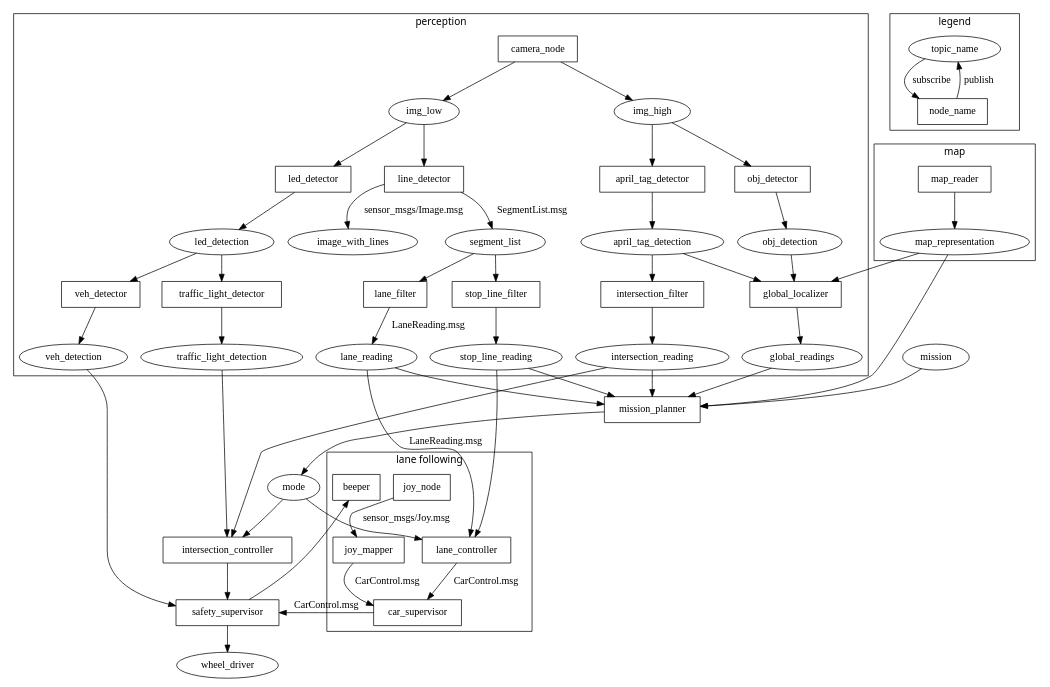
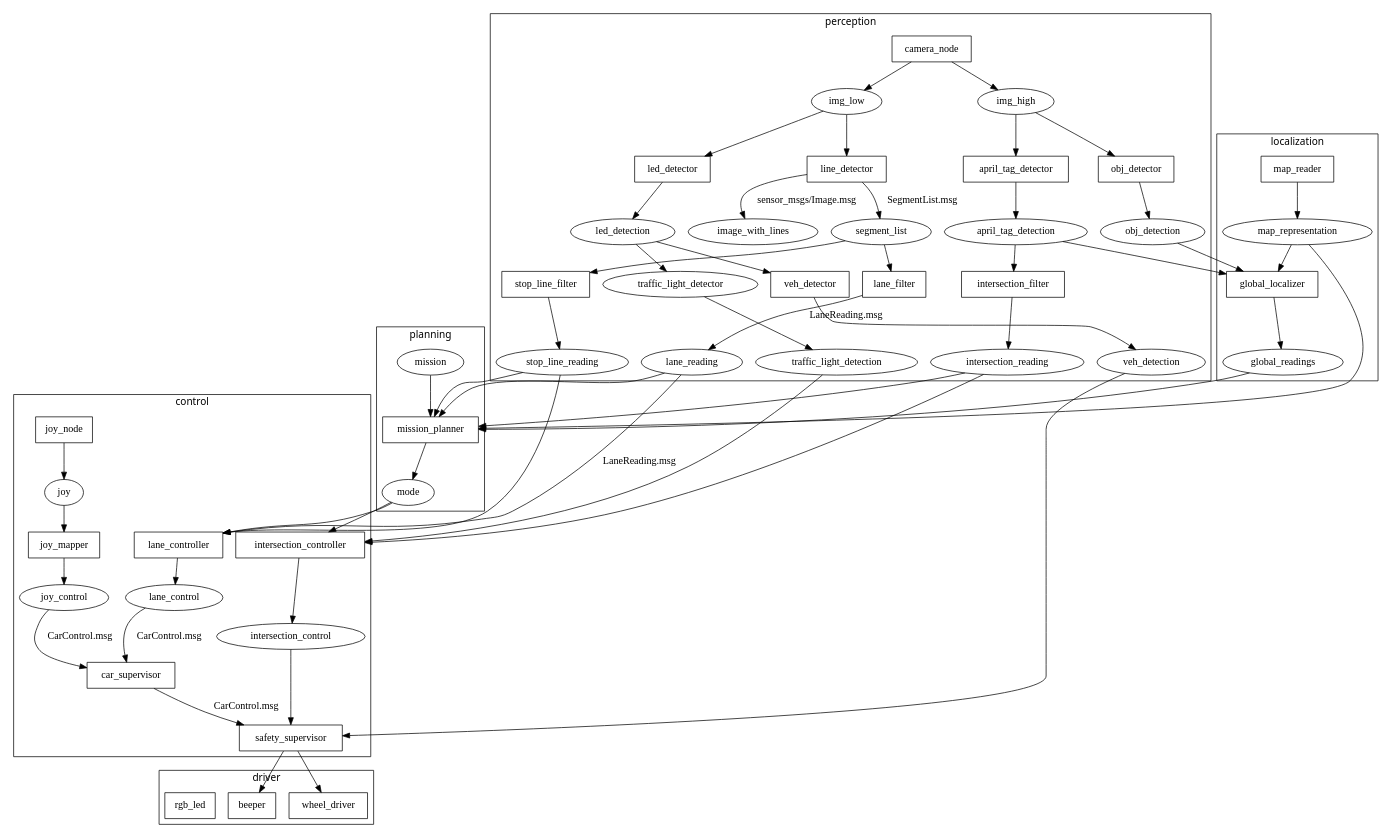
The diagram in ros_diagram/duckietown.dot (kungfrank/Knight_car), drawn with Graphviz before and after one commit.

Commit message:
Refactored duckietown.dot.

```diff
--- a/ros_diagram/duckietown.dot
+++ b/ros_diagram/duckietown.dot
@@ -1,180 +1,206 @@
 digraph D {
 	fontname="sans";
 
-	wheel_driver;
 
-	subgraph cluster_legend{
-		label="legend"
-		// ROS Topics
-		topic_name;
-		// ROS Nodes
-		node [shape=box]
-		node_name;
+	//subgraph cluster_legend{
+	//	label="legend"
+	//	// ROS Topics
+	//	topic_name;
+	//	// ROS Nodes
+	//	node [shape=box]
+	//	node_name;
+	//	// Connection
+	//	node_name -> topic_name [label="publish"];
+	//	topic_name -> node_name [label="subscribe"];
+	//}
 
-		// Connection
-		node_name -> topic_name [label="publish"];
-		topic_name -> node_name [label="subscribe"];
-	}
-
-	subgraph cluster_perception{
-		label="perception"
-		// TOPIC
-		img_low;
-		img_high;
-		segment_list;
-		image_with_lines;
-		lane_reading; //LaneReading: y, phi, sigma_y, sigma_phi, status
-		april_tag_detection;
-		led_detection;
-		veh_detection;
-		traffic_light_detection;
-		intersection_reading;
-		obj_detection;
-		global_readings;
-		stop_line_reading;
-
-		// ROS Nodes
-		node [shape=box];
-		lane_filter; //tells you y and phi
-		line_detector;
-		april_tag_detector;
-		//relative_intersection_localizer;
-		intersection_filter;
-		global_localizer;
-		stop_line_filter;
-		//sign_detector;
-		//traffic_light_detector;
-		//vehicle_detector;
-		//duckie_detector;
-		//relative_intersection_localizer;
-		//global_localizer;
-		//stop_line_detector;
-		camera_node;
-		led_detector;
-		//plate_detector;
-		obj_detector;
-
-		obj_detector->obj_detection;
-
-		// Connections
-		camera_node->img_high;
-		camera_node->img_low;
-		
-		img_low->line_detector;
-		img_high->april_tag_detector;
-		img_low->led_detector;
-		//img->stop_line_detector;
-		//img->relative_intersection_localizer;
-		//img->duckie_detector;
-		//img->vehicle_detector;
-		//img->traffic_light_detector;
-		//img->sign_detector;
-		//img->plate_detector;
-		img_high->obj_detector;
-		led_detector->led_detection;
-		led_detection->veh_detector;
-		veh_detector->veh_detection;
-		led_detection->traffic_light_detector;
-		traffic_light_detector->traffic_light_detection;
-		intersection_filter->intersection_reading;
-		segment_list->stop_line_filter;
-		stop_line_filter->stop_line_reading;
-
-
-		april_tag_detector->april_tag_detection;
-		april_tag_detection->intersection_filter;
-
-		line_detector->segment_list [label="SegmentList.msg"];
-		line_detector->image_with_lines [label="sensor_msgs/Image.msg"]
-		segment_list->lane_filter;
-		lane_filter->lane_reading [label="LaneReading.msg"];
-
-
-		obj_detection->global_localizer;
-		april_tag_detection->global_localizer;
-
-	}
-
-	subgraph cluster_map{
-		label="map";
-		// TOPICS
-		map_representation;
-		// ROS Nodes
-		node [shape=box];
-		//map_visualizer;
-		//map_editor;
-		//localization;
-		//planning;
-		map_reader;
-
-		map_reader -> map_representation;
-		//map_representation -> map_visualizer;
-		//map_editor -> map_representation;
-		//map_representation -> map_editor;
-		//map_representation -> planning;
-		//map_representation -> localization;
-	}
-
-	subgraph cluster_lane_following{
-		label="lane following";
-		// TOPICS
-
-		// ROS Nodes
-		node [shape=box];
-		lane_controller;
-		//car_emulator;
-		car_supervisor;
-		joy_node;
-		joy_mapper;
-		beeper;
-		//safety_supervisor;
-		// CONNECTIONS
-		joy_node->joy_mapper [label="sensor_msgs/Joy.msg"];
-		joy_mapper-> car_supervisor [label="CarControl.msg"];
-		lane_reading->lane_controller [label="LaneReading.msg"];
-		lane_controller-> car_supervisor [label="CarControl.msg"];
-		//car_supervisor -> beeper [label="std_msgs/Bool.msg"];
-		//car_supervisor->car_emulator [label="CarControl.msg"];
-		//safety_supervisor->car_emulator [label="CarControl.msg"];
-		//safety_supervisor->beeper [label="std_msgs/Bool.msg"];
-		//car_emulator->wheel_driver [label="WheelCmd.msg"];
-		//safety_supervisor->wheel_driver;
-	}
-
-	mode;
-	mission;
-
+	// Nodes
+	
 	node [shape=box];
+	lane_filter; //tells you y and phi
+	line_detector;
+	april_tag_detector;
+	intersection_filter;
+	global_localizer;
+	stop_line_filter;
+	camera_node;
+	led_detector;
+	obj_detector;
+	map_reader;
+	lane_controller;
+	car_supervisor;
+	joy_node;
+	joy_mapper;
+	beeper;
 	intersection_controller;
 	safety_supervisor;
 	wheel_driver;
 	mission_planner;
+	rgb_led;
+	veh_detector;
+	//{rank=max; wheel_driver;beeper;rgb_led}
+	//{rank=min; map_reader;joy_node;camera_node}
 
-	global_localizer->global_readings;
+	// Topics
+	node [shape=ellipse];
+	//{rank=same; mission; joy; map_representation;}
+	map_representation;
+	img_low;
+	img_high;
+	segment_list;
+	image_with_lines;
+	lane_reading; //LaneReading: y, phi, sigma_y, sigma_phi, status
+	april_tag_detection;
+	led_detection;
+	veh_detection;
+	traffic_light_detection;
+	intersection_reading;
+	obj_detection;
+	global_readings;
+	stop_line_reading;
+	mode;
+	mission;
+	lane_control;
+	joy_control;
+	intersection_control;
 
-	safety_supervisor->wheel_driver;
-	intersection_reading->intersection_controller;
-	traffic_light_detection->intersection_controller;
-	veh_detection->safety_supervisor;
-	car_supervisor->safety_supervisor [label="CarControl.msg"];
-	intersection_controller->safety_supervisor;
-	stop_line_reading->lane_controller;
+	subgraph cluster_perception{
+		label="perception"
+		// Nodes
+		camera_node;
+		obj_detector;
+		line_detector;
+		lane_filter;
+		april_tag_detector;
+		april_tag_detection;
+		led_detector;
+		veh_detector;
+		stop_line_filter;
+		traffic_light_detector;
+		intersection_filter;
+		// Topics
+		segment_list;
+		img_low;
+		img_high;
+		april_tag_detection;
+		lane_reading;
+		image_with_lines;
+		obj_detection;
+		led_detection;
+		veh_detection;
+		stop_line_reading;
+		traffic_light_detection;
+		intersection_reading;
+	}
+
+	subgraph cluster_control{
+		label="control"
+		// Nodes
+		joy_node;
+		joy_mapper;
+		lane_controller;
+		intersection_controller;
+		car_supervisor;
+		safety_supervisor;
+		// Topics
+		joy_control;
+		joy;
+		lane_control;
+		intersection_control;
+		{rank=same; intersection_controller;lane_controller;}
+	}
+
+	subgraph cluster_localization{
+		label="localization"
+		// Nodes
+		map_reader;
+		global_localizer;
+
+		// Topics
+		map_representation;
+		global_readings;
+	}
+
+	subgraph cluster_planning{
+		label="planning"
+		// Nodes
+		mission_planner;
+		// Topics
+		mission;
+		mode;
+	}
+
+	subgraph cluster_driver{
+		label="driver"
+		// Nodes
+		wheel_driver;
+		beeper;
+		rgb_led;
+	}
 
 
+	// Connections
+	camera_node->img_high;
+	camera_node->img_low;		
+
+	img_low->line_detector;
+	img_low->led_detector;
+	
+	img_high->april_tag_detector;
+	img_high->obj_detector;
+
+	led_detector->led_detection;
+	led_detection->veh_detector;
+	led_detection->traffic_light_detector;
+	
+	veh_detector->veh_detection;
+	traffic_light_detector->traffic_light_detection;
+	
+	intersection_filter->intersection_reading;
+	
+	line_detector->segment_list [label="SegmentList.msg"];
+	line_detector->image_with_lines [label="sensor_msgs/Image.msg"]
+	segment_list->stop_line_filter;
+	segment_list->lane_filter;
+	lane_filter->lane_reading [label="LaneReading.msg"];
+	lane_reading->lane_controller [label="LaneReading.msg"];
+	lane_reading->mission_planner;
+
+	stop_line_filter->stop_line_reading;
+	stop_line_reading->lane_controller;
+	stop_line_reading->mission_planner;
+	
+	obj_detector->obj_detection;
+	obj_detection->global_localizer;
+	april_tag_detector->april_tag_detection;
+	april_tag_detection->intersection_filter;
+	april_tag_detection->global_localizer;
+	global_localizer->global_readings;
+	
+	map_reader -> map_representation;
 	map_representation->global_localizer;
+	map_representation->mission_planner;
+	
+	joy_node->joy->joy_mapper->joy_control;
+	joy_control-> car_supervisor [label="CarControl.msg"];
+	lane_controller->lane_control;
+	lane_control-> car_supervisor [label="CarControl.msg"];
+	car_supervisor->safety_supervisor [label="CarControl.msg"];
+	safety_supervisor->wheel_driver;
+	safety_supervisor->beeper;
+	
+	intersection_reading->intersection_controller;
+	intersection_reading->mission_planner;
+	traffic_light_detection->intersection_controller;
+	mode->intersection_controller;
+	mode->lane_controller;
+
+	veh_detection->safety_supervisor;
+	intersection_controller->intersection_control;
+	intersection_control->safety_supervisor;
 	global_readings->mission_planner;
 	mission_planner->mode;
-	mode->intersection_controller;
-	mode->lane_controller;
-	map_representation->mission_planner;
 	mission->mission_planner;
-	stop_line_reading->mission_planner;
-	lane_reading->mission_planner;
-	intersection_reading->mission_planner;
-	safety_supervisor->beeper;
 
-
-	//Remove the clusters
-	//mission, joy, map are the inputs
-	//outputs are the wheel_driver and the beeper
+	//TODO annotate msg type.
 }
```
